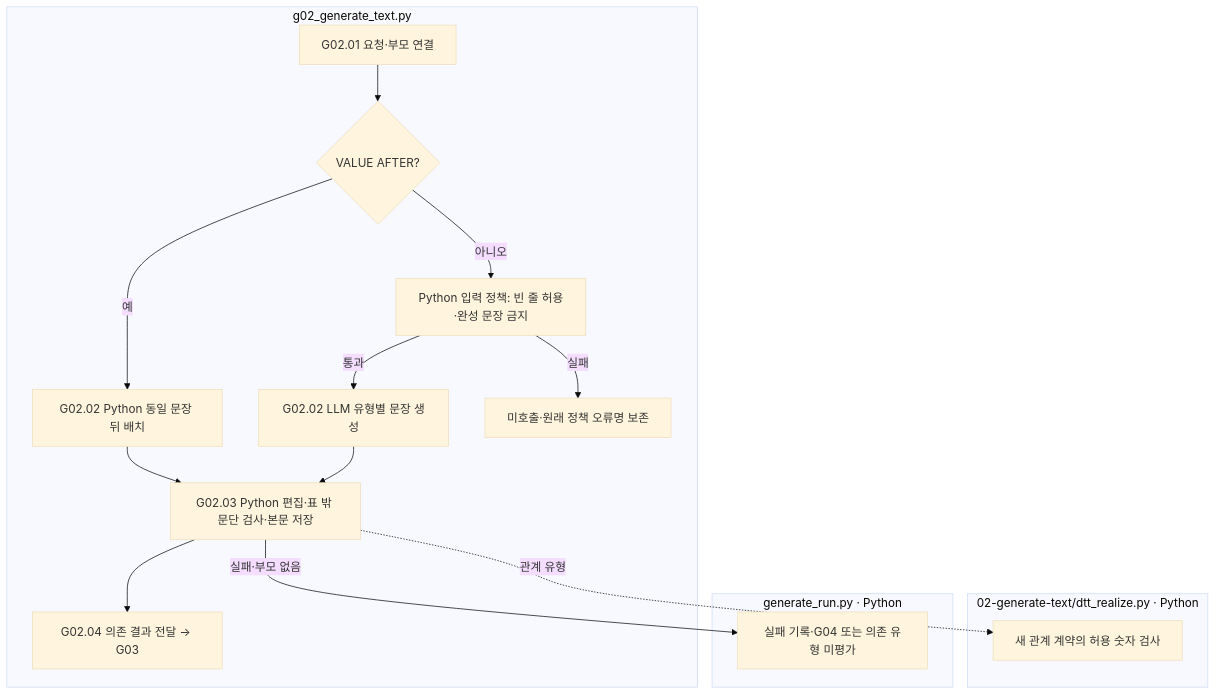
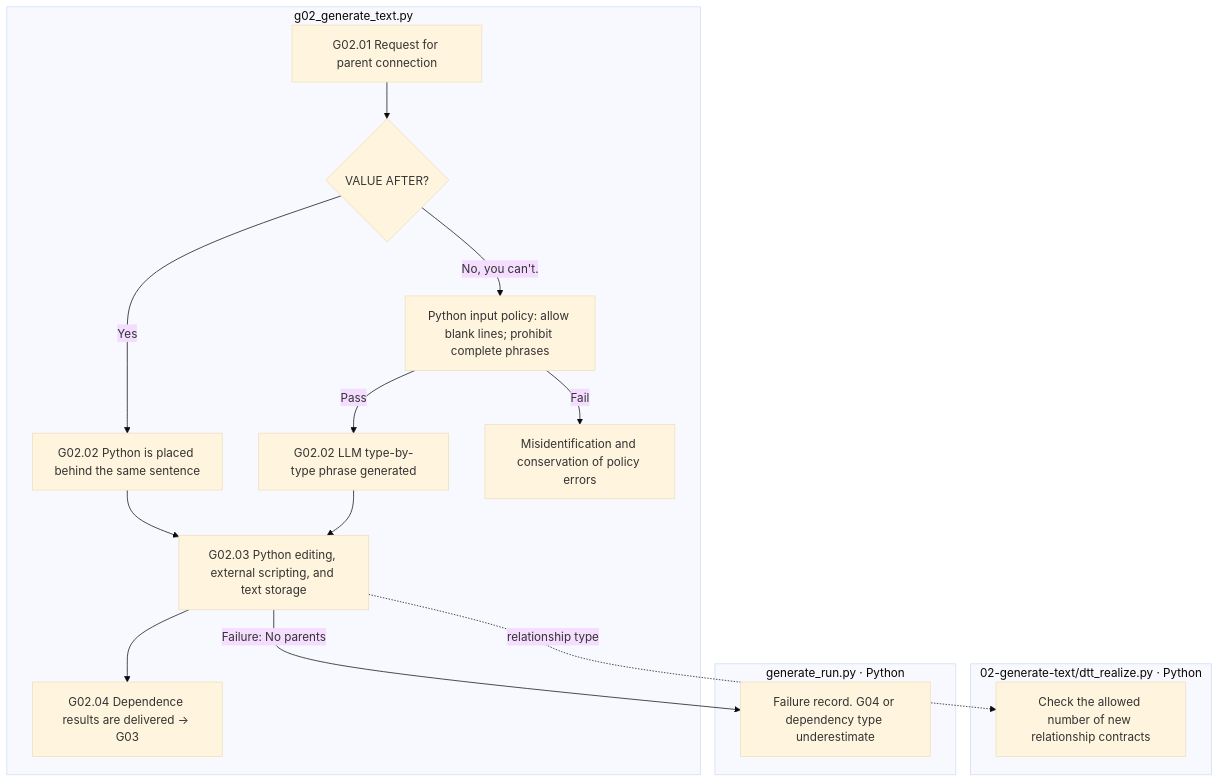
One commit to pnu-clink/finject changed the diagram in src/finarch/documentation/templates/stages/01-dataset/02-generation/02-generate-text/README.md. Above: the diagram before and after it, drawn with Mermaid (base theme). The commit also changed other lines of this file and 644 other files, not shown here.

````diff
--- a/src/finarch/documentation/templates/stages/01-dataset/02-generation/02-generate-text/README.md
+++ b/src/finarch/documentation/templates/stages/01-dataset/02-generation/02-generate-text/README.md
@@ -26,18 +26,18 @@
 ```mermaid
 flowchart TD
  subgraph G["g02_generate_text.py"]
-  A["G02.01 요청·부모 연결"] --> B{"VALUE AFTER?"}
-  B -->|예| C["G02.02 Python 동일 문장 뒤 배치"]
-  B -->|아니오| IP["Python 입력 정책: 빈 줄 허용·완성 문장 금지"]
-  IP -->|통과| D["G02.02 LLM 유형별 문장 생성"]
-  IP -->|실패| PF["미호출·원래 정책 오류명 보존"]
-  C & D --> E["G02.03 Python 편집·표 밖 문단 검사·본문 저장"]
-  E --> F["G02.04 의존 결과 전달 → G03"]
+  A["G02.01 Request for parent connection"] --> B{"VALUE AFTER?"}
+  B -->|Yes| C["G02.02 Python is placed behind the same sentence"]
+  B -->|No, you can't.| IP["Python input policy: allow blank lines; prohibit complete phrases"]
+  IP -->|Pass| D["G02.02 LLM type-by-type phrase generated"]
+  IP -->|Fail| PF["Misidentification and conservation of policy errors"]
+  C & D --> E["G02.03 Python editing, external scripting, and text storage"]
+  E --> F["G02.04 Dependence results are delivered → G03"]
  end
  subgraph RP["02-generate-text/dtt_realize.py · Python"]
-  E -. 관계 유형 .-> RN["새 관계 계약의 허용 숫자 검사"]
+  E -. relationship type .-> RN["Check the allowed number of new relationship contracts"]
  end
  subgraph DR["generate_run.py · Python"]
-  E -->|실패·부모 없음| X["실패 기록·G04 또는 의존 유형 미평가"]
+  E -->|Failure: No parents| X["Failure record. G04 or dependency type underestimate"]
  end
 ```
````
